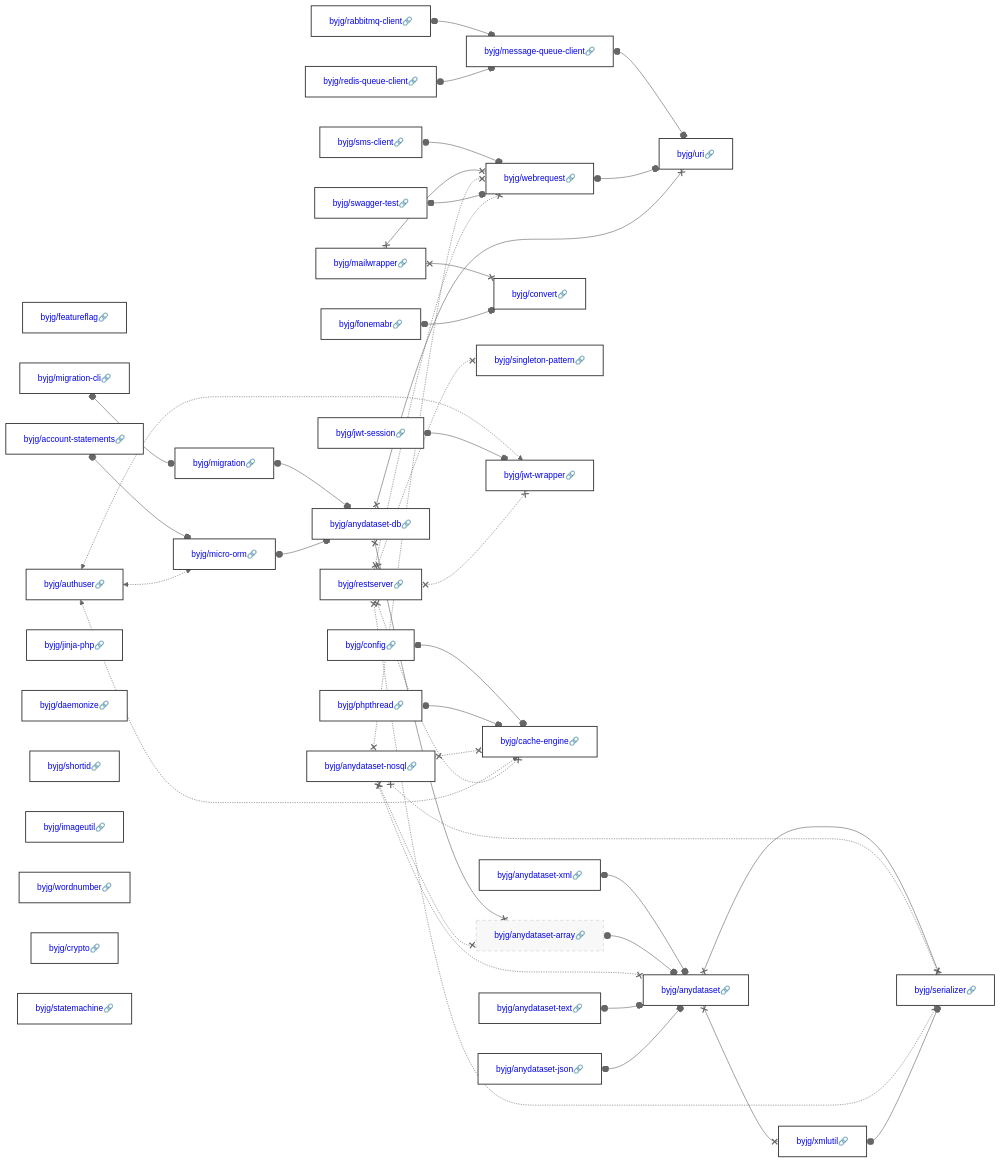
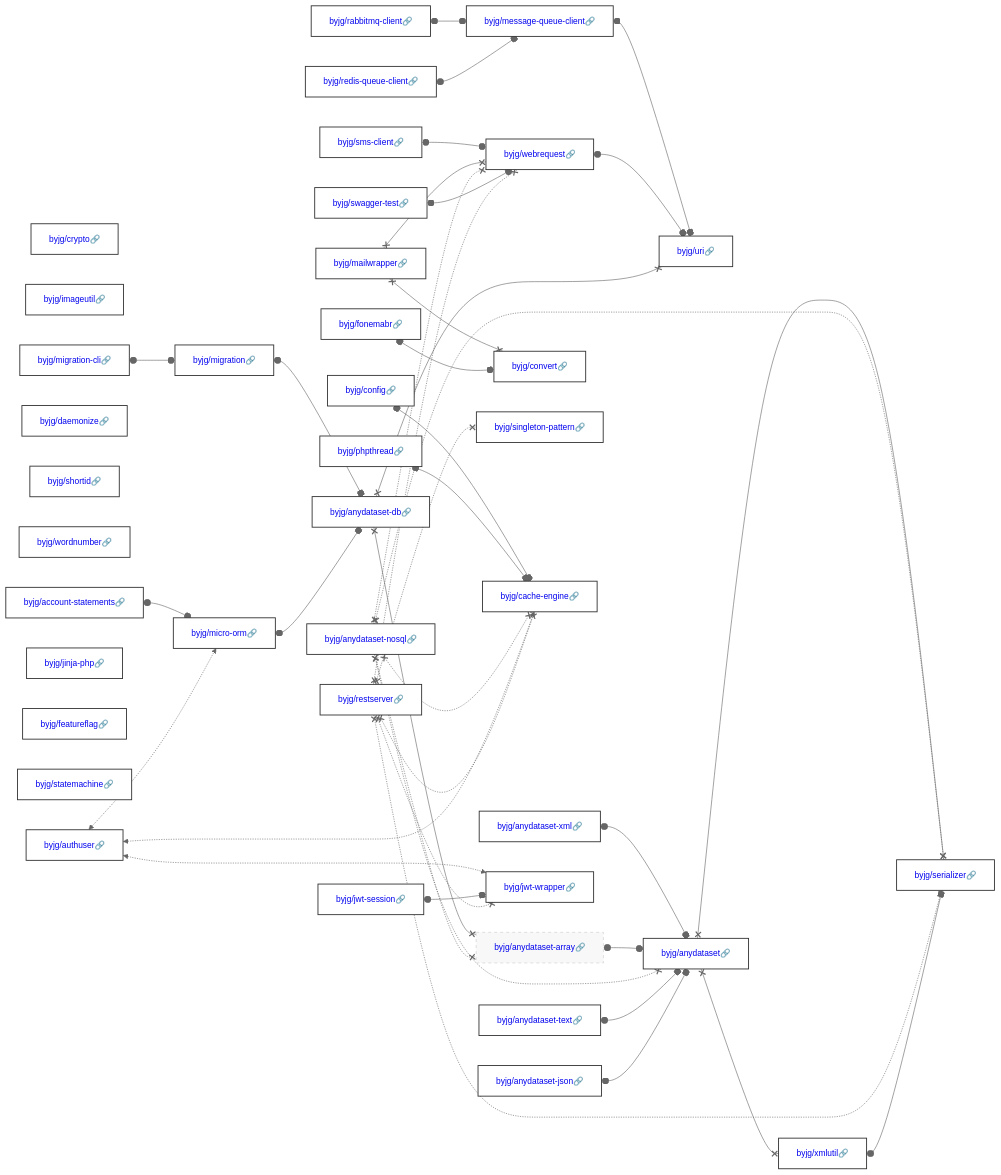
The diagram in docs/php/README.md (byjg/byjg.github.io), drawn with Mermaid (neutral theme) before and after one commit. The commit also changed other lines of this file, not shown here.

Commit message:
Update documentation 'php' 'php-xmlutil'

````diff
--- a/docs/php/README.md
+++ b/docs/php/README.md
@@ -3,38 +3,38 @@
 ```mermaid
 graph LR;
+  byjg/redis-queue-client[<a href='https://opensource.byjg.com/docs/php/redis-queue-client' style='text-decoration:none'>byjg/redis-queue-client🔗</a>];
+  byjg/config[<a href='https://opensource.byjg.com/docs/php/config' style='text-decoration:none'>byjg/config🔗</a>];
+  byjg/crypto[<a href='https://opensource.byjg.com/docs/php/crypto' style='text-decoration:none'>byjg/crypto🔗</a>];
+  byjg/phpthread[<a href='https://opensource.byjg.com/docs/php/phpthread' style='text-decoration:none'>byjg/phpthread🔗</a>];
+  byjg/anydataset-xml[<a href='https://opensource.byjg.com/docs/php/anydataset-xml' style='text-decoration:none'>byjg/anydataset-xml🔗</a>];
+  byjg/imageutil[<a href='https://opensource.byjg.com/docs/php/imageutil' style='text-decoration:none'>byjg/imageutil🔗</a>];
+  byjg/swagger-test[<a href='https://opensource.byjg.com/docs/php/swagger-test' style='text-decoration:none'>byjg/swagger-test🔗</a>];
+  byjg/authuser[<a href='https://opensource.byjg.com/docs/php/authuser' style='text-decoration:none'>byjg/authuser🔗</a>];
+  byjg/daemonize[<a href='https://opensource.byjg.com/docs/php/daemonize' style='text-decoration:none'>byjg/daemonize🔗</a>];
+  byjg/anydataset-text[<a href='https://opensource.byjg.com/docs/php/anydataset-text' style='text-decoration:none'>byjg/anydataset-text🔗</a>];
+  byjg/sms-client[<a href='https://opensource.byjg.com/docs/php/sms-client' style='text-decoration:none'>byjg/sms-client🔗</a>];
+  byjg/shortid[<a href='https://opensource.byjg.com/docs/php/shortid' style='text-decoration:none'>byjg/shortid🔗</a>];
+  byjg/anydataset-json[<a href='https://opensource.byjg.com/docs/php/anydataset-json' style='text-decoration:none'>byjg/anydataset-json🔗</a>];
+  byjg/wordnumber[<a href='https://opensource.byjg.com/docs/php/wordnumber' style='text-decoration:none'>byjg/wordnumber🔗</a>];
+  byjg/mailwrapper[<a href='https://opensource.byjg.com/docs/php/mailwrapper' style='text-decoration:none'>byjg/mailwrapper🔗</a>];
+  byjg/account-statements[<a href='https://opensource.byjg.com/docs/php/account-statements' style='text-decoration:none'>byjg/account-statements🔗</a>];
+  byjg/anydataset-nosql[<a href='https://opensource.byjg.com/docs/php/anydataset-nosql' style='text-decoration:none'>byjg/anydataset-nosql🔗</a>];
+  byjg/jinja-php[<a href='https://opensource.byjg.com/docs/php/jinja-php' style='text-decoration:none'>byjg/jinja-php🔗</a>];
+  byjg/rabbitmq-client[<a href='https://opensource.byjg.com/docs/php/rabbitmq-client' style='text-decoration:none'>byjg/rabbitmq-client🔗</a>];
+  byjg/jwt-session[<a href='https://opensource.byjg.com/docs/php/jwt-session' style='text-decoration:none'>byjg/jwt-session🔗</a>];
   byjg/featureflag[<a href='https://opensource.byjg.com/docs/php/featureflag' style='text-decoration:none'>byjg/featureflag🔗</a>];
-  byjg/mailwrapper[<a href='https://opensource.byjg.com/docs/php/mailwrapper' style='text-decoration:none'>byjg/mailwrapper🔗</a>];
-  byjg/authuser[<a href='https://opensource.byjg.com/docs/php/authuser' style='text-decoration:none'>byjg/authuser🔗</a>];
+  byjg/fonemabr[<a href='https://opensource.byjg.com/docs/php/fonemabr' style='text-decoration:none'>byjg/fonemabr🔗</a>];
+  byjg/statemachine[<a href='https://opensource.byjg.com/docs/php/statemachine' style='text-decoration:none'>byjg/statemachine🔗</a>];
   byjg/migration-cli[<a href='https://opensource.byjg.com/docs/php/migration-cli' style='text-decoration:none'>byjg/migration-cli🔗</a>];
-  byjg/redis-queue-client[<a href='https://opensource.byjg.com/docs/php/redis-queue-client' style='text-decoration:none'>byjg/redis-queue-client🔗</a>];
-  byjg/account-statements[<a href='https://opensource.byjg.com/docs/php/account-statements' style='text-decoration:none'>byjg/account-statements🔗</a>];
-  byjg/jinja-php[<a href='https://opensource.byjg.com/docs/php/jinja-php' style='text-decoration:none'>byjg/jinja-php🔗</a>];
-  byjg/anydataset-nosql[<a href='https://opensource.byjg.com/docs/php/anydataset-nosql' style='text-decoration:none'>byjg/anydataset-nosql🔗</a>];
-  byjg/jwt-session[<a href='https://opensource.byjg.com/docs/php/jwt-session' style='text-decoration:none'>byjg/jwt-session🔗</a>];
-  byjg/daemonize[<a href='https://opensource.byjg.com/docs/php/daemonize' style='text-decoration:none'>byjg/daemonize🔗</a>];
-  byjg/phpthread[<a href='https://opensource.byjg.com/docs/php/phpthread' style='text-decoration:none'>byjg/phpthread🔗</a>];
-  byjg/shortid[<a href='https://opensource.byjg.com/docs/php/shortid' style='text-decoration:none'>byjg/shortid🔗</a>];
-  byjg/imageutil[<a href='https://opensource.byjg.com/docs/php/imageutil' style='text-decoration:none'>byjg/imageutil🔗</a>];
-  byjg/wordnumber[<a href='https://opensource.byjg.com/docs/php/wordnumber' style='text-decoration:none'>byjg/wordnumber🔗</a>];
-  byjg/anydataset-text[<a href='https://opensource.byjg.com/docs/php/anydataset-text' style='text-decoration:none'>byjg/anydataset-text🔗</a>];
-  byjg/anydataset-xml[<a href='https://opensource.byjg.com/docs/php/anydataset-xml' style='text-decoration:none'>byjg/anydataset-xml🔗</a>];
-  byjg/fonemabr[<a href='https://opensource.byjg.com/docs/php/fonemabr' style='text-decoration:none'>byjg/fonemabr🔗</a>];
   byjg/restserver[<a href='https://opensource.byjg.com/docs/php/restserver' style='text-decoration:none'>byjg/restserver🔗</a>];
-  byjg/swagger-test[<a href='https://opensource.byjg.com/docs/php/swagger-test' style='text-decoration:none'>byjg/swagger-test🔗</a>];
-  byjg/crypto[<a href='https://opensource.byjg.com/docs/php/crypto' style='text-decoration:none'>byjg/crypto🔗</a>];
-  byjg/anydataset-json[<a href='https://opensource.byjg.com/docs/php/anydataset-json' style='text-decoration:none'>byjg/anydataset-json🔗</a>];
-  byjg/config[<a href='https://opensource.byjg.com/docs/php/config' style='text-decoration:none'>byjg/config🔗</a>];
-  byjg/sms-client[<a href='https://opensource.byjg.com/docs/php/sms-client' style='text-decoration:none'>byjg/sms-client🔗</a>];
-  byjg/rabbitmq-client[<a href='https://opensource.byjg.com/docs/php/rabbitmq-client' style='text-decoration:none'>byjg/rabbitmq-client🔗</a>];
-  byjg/statemachine[<a href='https://opensource.byjg.com/docs/php/statemachine' style='text-decoration:none'>byjg/statemachine🔗</a>];
+  byjg/micro-orm[<a href='https://opensource.byjg.com/docs/php/micro-orm' style='text-decoration:none'>byjg/micro-orm🔗</a>];
+  byjg/message-queue-client[<a href='https://opensource.byjg.com/docs/php/message-queue-client' style='text-decoration:none'>byjg/message-queue-client🔗</a>];
+  byjg/convert[<a href='https://opensource.byjg.com/docs/php/convert' style='text-decoration:none'>byjg/convert🔗</a>];
   byjg/migration[<a href='https://opensource.byjg.com/docs/php/migration' style='text-decoration:none'>byjg/migration🔗</a>];
-  byjg/micro-orm[<a href='https://opensource.byjg.com/docs/php/micro-orm' style='text-decoration:none'>byjg/micro-orm🔗</a>];
-  byjg/convert[<a href='https://opensource.byjg.com/docs/php/convert' style='text-decoration:none'>byjg/convert🔗</a>];
   byjg/singleton-pattern[<a href='https://opensource.byjg.com/docs/php/singleton-pattern' style='text-decoration:none'>byjg/singleton-pattern🔗</a>];
-  byjg/jwt-wrapper[<a href='https://opensource.byjg.com/docs/php/jwt-wrapper' style='text-decoration:none'>byjg/jwt-wrapper🔗</a>];
   byjg/cache-engine[<a href='https://opensource.byjg.com/docs/php/cache-engine' style='text-decoration:none'>byjg/cache-engine🔗</a>];
   byjg/webrequest[<a href='https://opensource.byjg.com/docs/php/webrequest' style='text-decoration:none'>byjg/webrequest🔗</a>];
-  byjg/message-queue-client[<a href='https://opensource.byjg.com/docs/php/message-queue-client' style='text-decoration:none'>byjg/message-queue-client🔗</a>];
+  byjg/jwt-wrapper[<a href='https://opensource.byjg.com/docs/php/jwt-wrapper' style='text-decoration:none'>byjg/jwt-wrapper🔗</a>];
   byjg/anydataset-db[<a href='https://opensource.byjg.com/docs/php/anydataset-db' style='text-decoration:none'>byjg/anydataset-db🔗</a>];
   byjg/anydataset-array[<a href='https://opensource.byjg.com/docs/php/anydataset-array' style='text-decoration:none'>byjg/anydataset-array🔗</a>];
   byjg/uri[<a href='https://opensource.byjg.com/docs/php/uri' style='text-decoration:none'>byjg/uri🔗</a>];
````
